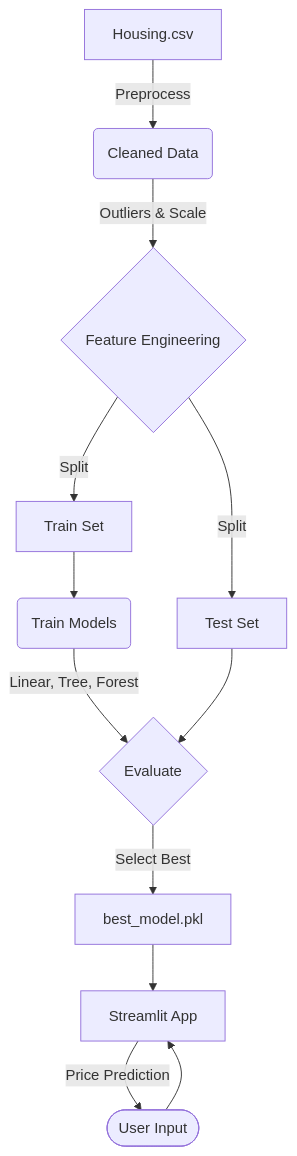
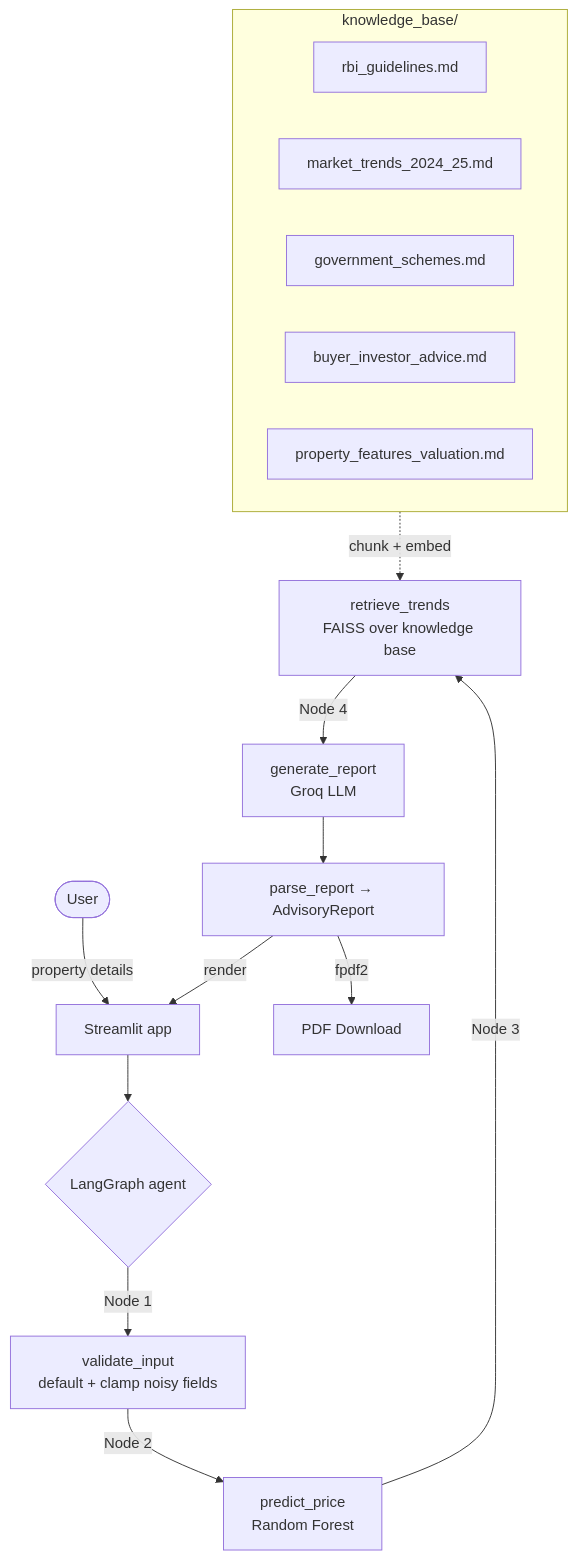
The diagram in README.md (Lex-Ashu/estate-intelligence), drawn with Mermaid before and after one commit. The commit also changed other lines of this file, not shown here.

First line of the commit message:
docs: rewrite README for the full agent + RAG + PDF pipeline

````diff
--- a/README.md
+++ b/README.md
@@ -7,14 +16,21 @@
 ```mermaid
 graph TD
-    A[Housing.csv] -->|Preprocess| B(Cleaned Data)
-    B -->|Outliers & Scale| C{Feature Engineering}
-    C -->|Split| D[Train Set]
-    C -->|Split| E[Test Set]
-    D --> F(Train Models)
-    F -->|Linear, Tree, Forest| G{Evaluate}
-    E --> G
-    G -->|Select Best| H[best_model.pkl]
-    H --> I[Streamlit App]
-    user([User Input]) --> I
-    I -->|Price Prediction| user
+    U([User]) -->|property details| UI[Streamlit app]
+    UI --> G{LangGraph agent}
+    G -->|Node 1| V[validate_input<br/>default + clamp noisy fields]
+    V -->|Node 2| P[predict_price<br/>Random Forest]
+    P -->|Node 3| R[retrieve_trends<br/>FAISS over knowledge base]
+    R -->|Node 4| L[generate_report<br/>Groq LLM]
+    L --> PA[parse_report → AdvisoryReport]
+    PA -->|render| UI
+    PA -->|fpdf2| PDF[PDF Download]
+
+    subgraph KB[knowledge_base/]
+      K1[rbi_guidelines.md]
+      K2[market_trends_2024_25.md]
+      K3[government_schemes.md]
+      K4[buyer_investor_advice.md]
+      K5[property_features_valuation.md]
+    end
+    KB -.chunk + embed.-> R
 ```
````
